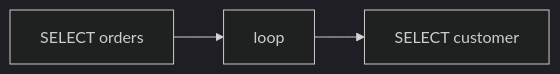
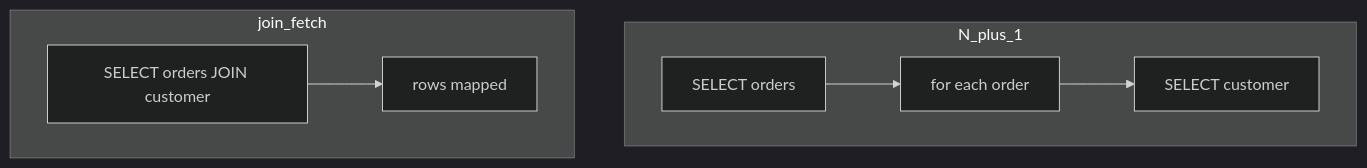
One commit to AlexanderNY/cursor_test changed the diagram in nine-to-eighteen/ui/src/data/learn/java/jv07-jpa-nplus1.md. Above: the diagram before and after it, drawn with Mermaid (dark theme). The commit also changed other lines of this file and 3060 other files, not shown here.

````diff
--- a/nine-to-eighteen/ui/src/data/learn/java/jv07-jpa-nplus1.md
+++ b/nine-to-eighteen/ui/src/data/learn/java/jv07-jpa-nplus1.md
@@ -58,5 +109,10 @@
 ```mermaid
-flowchart LR
-  Q1[SELECT orders] --> L[loop]
-  L --> Qn[SELECT customer]
+flowchart TB
+  subgraph bad [N_plus_1]
+    Q1["SELECT orders"] --> Loop["for each order"]
+    Loop --> Qn["SELECT customer"]
+  end
+  subgraph good [join_fetch]
+    J["SELECT orders JOIN customer"] --> Rows["rows mapped"]
+  end
 ```
````
